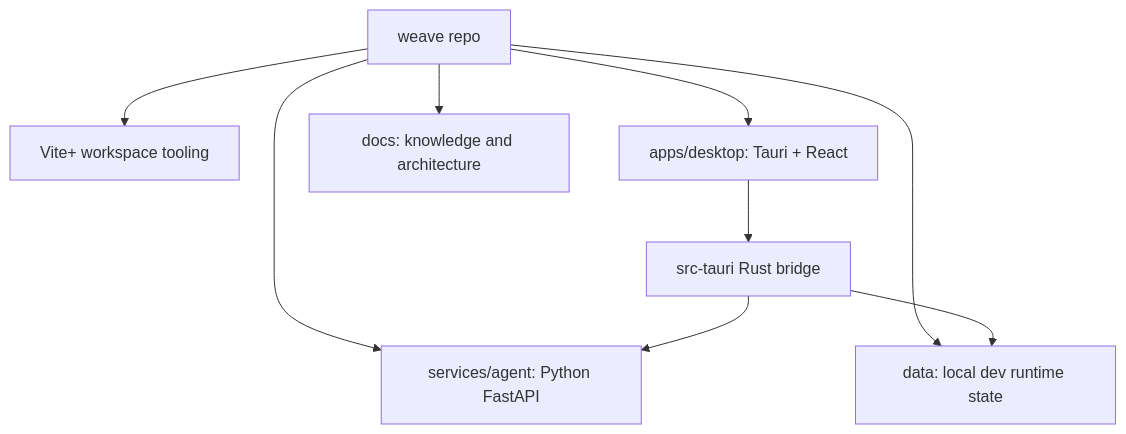
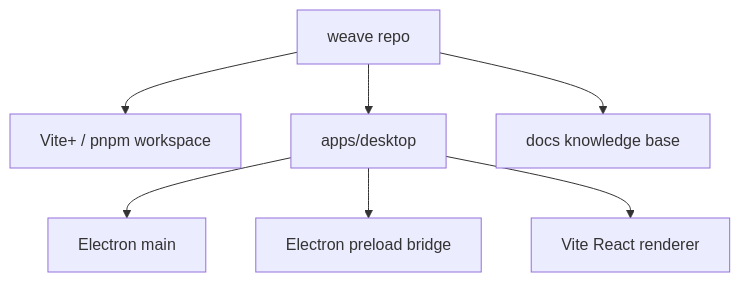
One commit to deweyou/weave changed the first of 2 diagrams in docs/project-structure.md. Above: the diagram before and after it, drawn with Mermaid. The commit also changed other lines of this file and 53 other files, not shown here.

First line of the commit message:
chore: initialize electron workspace

````diff
--- a/docs/project-structure.md
+++ b/docs/project-structure.md
@@ -3,11 +3,9 @@
 ```mermaid
 flowchart TD
-    Repo["weave repo"] --> Tools["Vite+ workspace tooling"]
-    Repo --> Desktop["apps/desktop: Tauri + React"]
-    Repo --> Agent["services/agent: Python FastAPI"]
-    Repo --> Data["data: local dev runtime state"]
-    Repo --> Docs["docs: knowledge and architecture"]
-    Desktop --> Rust["src-tauri Rust bridge"]
-    Rust --> Agent
-    Rust --> Data
+    Repo["weave repo"] --> Tools["Vite+ / pnpm workspace"]
+    Repo --> Desktop["apps/desktop"]
+    Repo --> Docs["docs knowledge base"]
+    Desktop --> Main["Electron main"]
+    Desktop --> Preload["Electron preload bridge"]
+    Desktop --> Renderer["Vite React renderer"]
 ```
````
